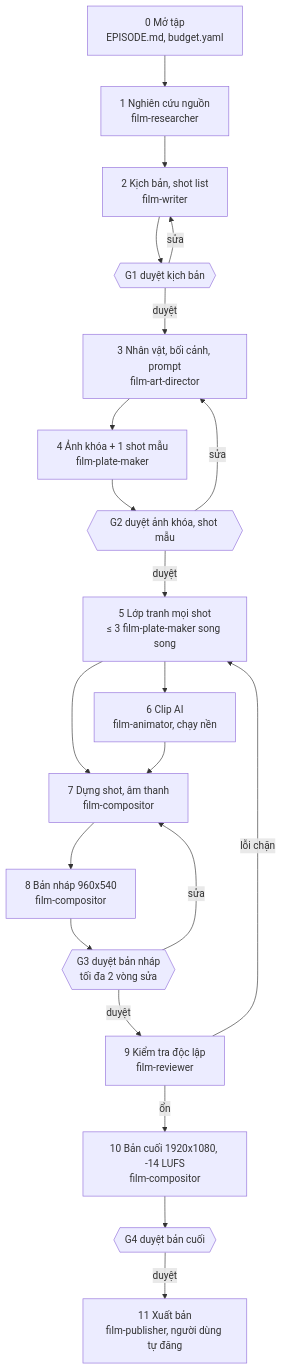
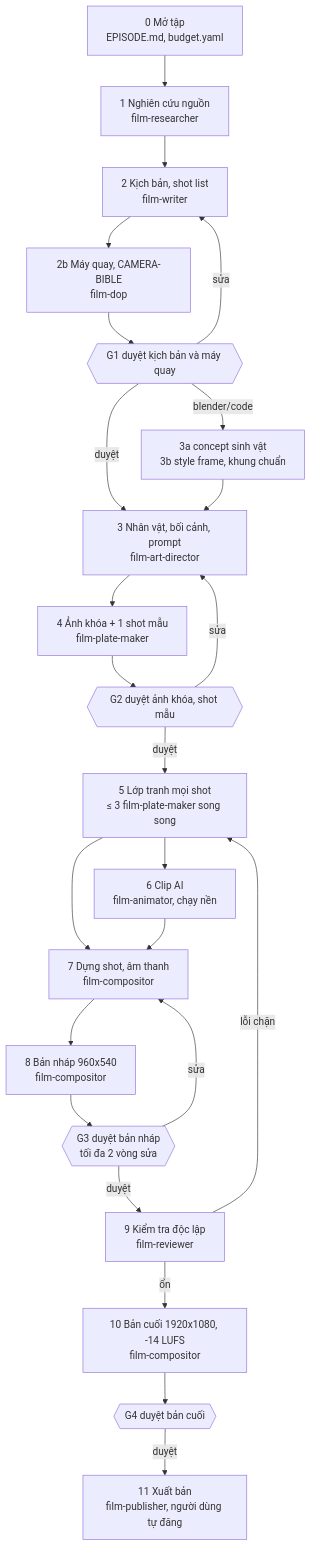
The diagram in docs/WORKFLOW.md (danny-exnodes/claude-film-lab), drawn with Mermaid before and after one commit. The commit also changed other lines of this file and 19 other files, not shown here.

````diff
--- a/docs/WORKFLOW.md
+++ b/docs/WORKFLOW.md
@@ -8,23 +8,26 @@
 ```mermaid
 flowchart TD
   S0[0 Mở tập<br/>EPISODE.md, budget.yaml] --> S1[1 Nghiên cứu nguồn<br/>film-researcher]
   S1 --> S2[2 Kịch bản, shot list<br/>film-writer]
-  S2 --> G1{{G1 duyệt kịch bản}}
+  S2 --> S2b[2b Máy quay, CAMERA-BIBLE<br/>film-dop]
+  S2b --> G1{{G1 duyệt kịch bản và máy quay}}
   G1 -- sửa --> S2
   G1 -- duyệt --> S3[3 Nhân vật, bối cảnh, prompt<br/>film-art-director]
+  G1 -- blender/code --> S3b[3a concept sinh vật<br/>3b style frame, khung chuẩn]
+  S3b --> S3
   S3 --> S4[4 Ảnh khóa + 1 shot mẫu<br/>film-plate-maker]
   S4 --> G2{{G2 duyệt ảnh khóa, shot mẫu}}
   G2 -- sửa --> S3
   G2 -- duyệt --> S5[5 Lớp tranh mọi shot<br/>≤ 3 film-plate-maker song song]
   S5 --> S6[6 Clip AI<br/>film-animator, chạy nền]
   S5 --> S7[7 Dựng shot, âm thanh<br/>film-compositor]
   S6 --> S7
   S7 --> S8[8 Bản nháp 960x540<br/>film-compositor]
   S8 --> G3{{G3 duyệt bản nháp<br/>tối đa 2 vòng sửa}}
   G3 -- sửa --> S7
   G3 -- duyệt --> S9[9 Kiểm tra độc lập<br/>film-reviewer]
   S9 -- lỗi chặn --> S5
   S9 -- ổn --> S10[10 Bản cuối 1920x1080, -14 LUFS<br/>film-compositor]
   S10 --> G4{{G4 duyệt bản cuối}}
   G4 -- duyệt --> S11[11 Xuất bản<br/>film-publisher, người dùng tự đăng]
 ```
````
